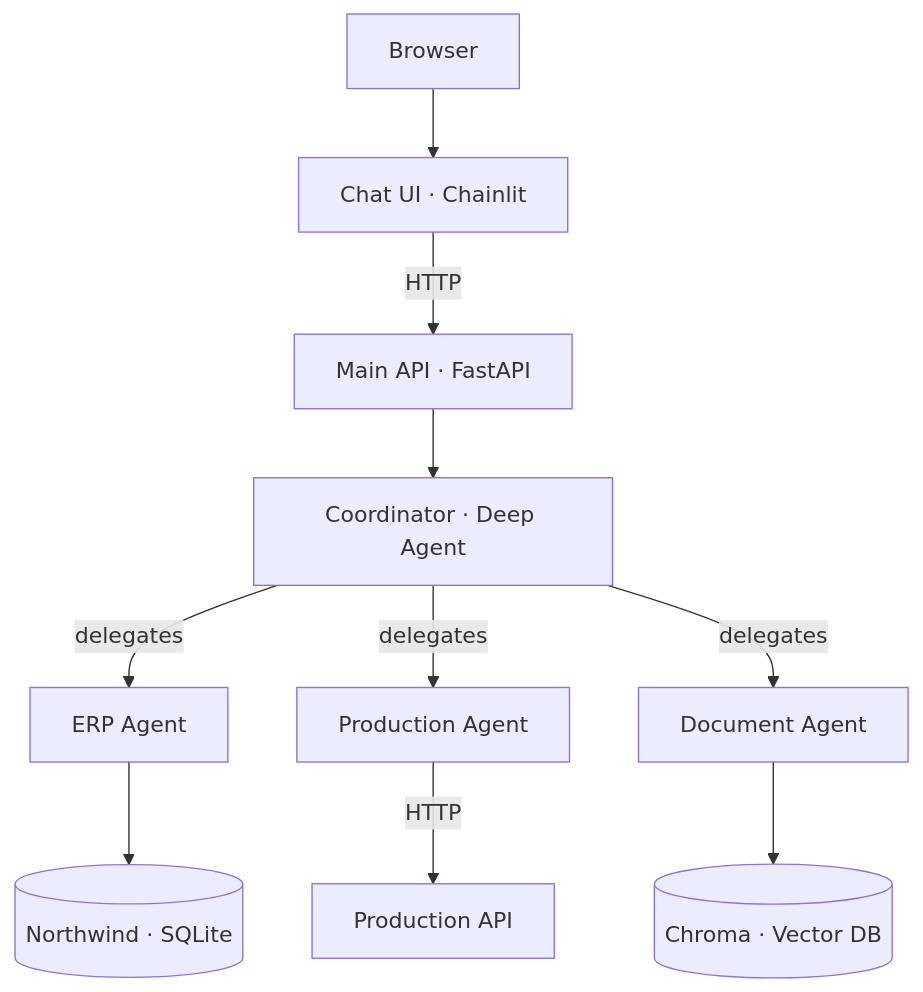
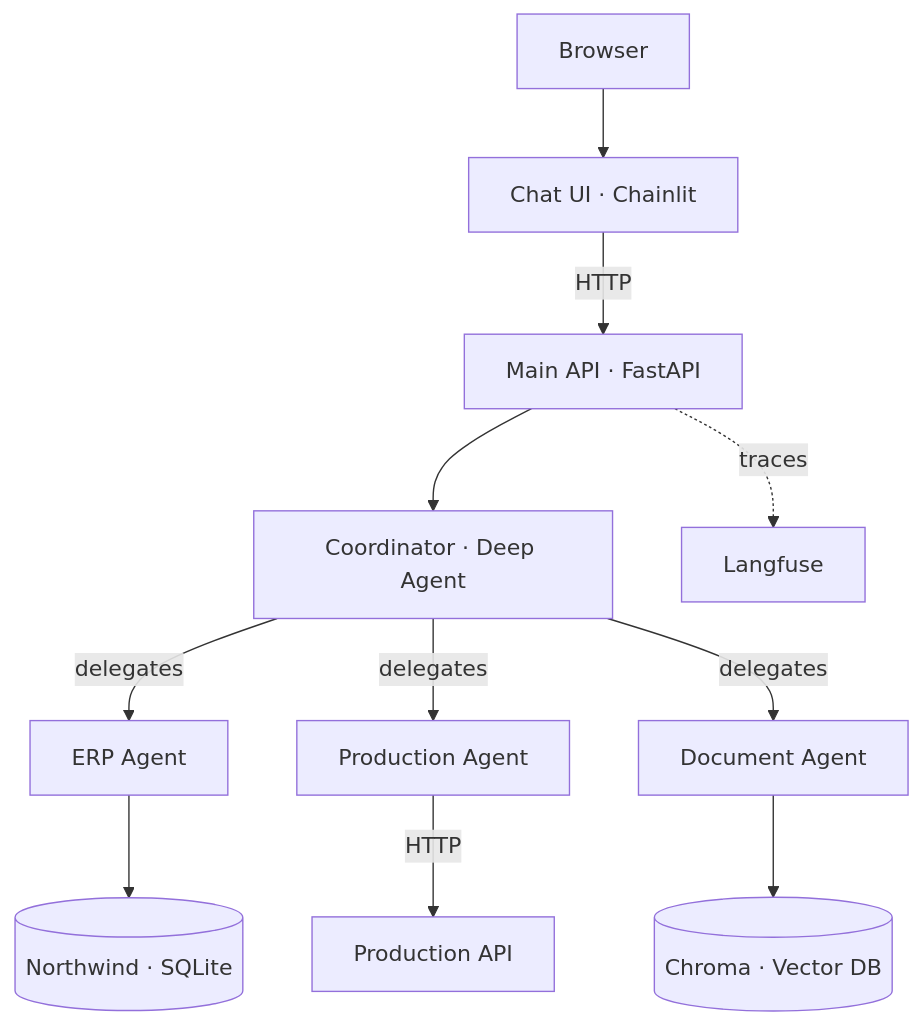
Before and after one commit to alexey-omelchuk/multi-agent-erp-rag-business-assistant: the diagram in README.en.md, drawn with Mermaid. The commit also changed other lines of this file and 2 other files, not shown here.

Commit message:
README: un solo comando de arranque y Langfuse en la tabla de servicios

````diff
--- a/README.en.md
+++ b/README.en.md
@@ -148,12 +142,13 @@
 ```mermaid
 flowchart TD
     U[Browser] --> UI[Chat UI · Chainlit]
     UI -->|HTTP| API[Main API · FastAPI]
     API --> C[Coordinator · Deep Agent]
     C -->|delegates| E[ERP Agent]
     C -->|delegates| P[Production Agent]
     C -->|delegates| D[Document Agent]
     E --> ERP[(Northwind · SQLite)]
     P -->|HTTP| PROD[Production API]
     D --> VEC[(Chroma · Vector DB)]
+    API -.->|traces| LF[Langfuse]
 ```
````
